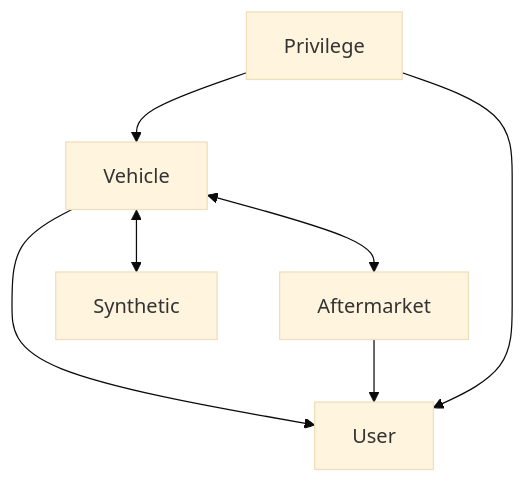
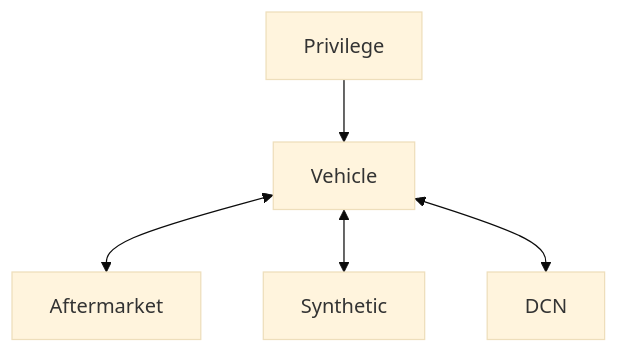
Before and after one commit to DIMO-Network/identity-api: the diagram in README.md, drawn with Mermaid (base theme).

````diff
--- a/README.md
+++ b/README.md
@@ -18,9 +18,7 @@
 ```mermaid
 flowchart TD
     Vehicle <--> Aftermarket
     Vehicle <--> Synthetic
     Privilege --> Vehicle
-    Vehicle --> User
-    Aftermarket --> User
-    Privilege --> User
+    Vehicle <--> DCN
 ```
````
